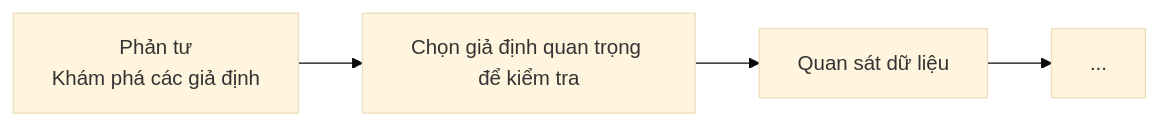
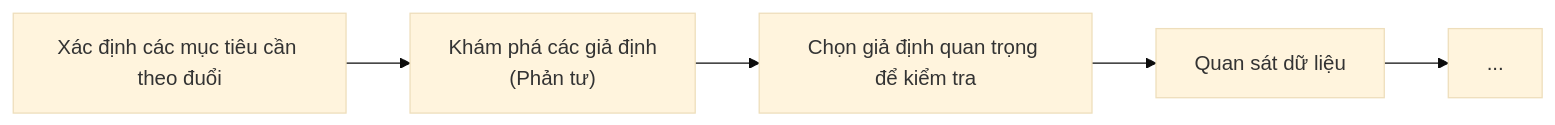
The second of 2 diagrams in docs/⚡Hiểu biết sâu/Bản thể luận, nhận thức luận, phương pháp luận/Phương pháp luận/Định lượng/Một số ghi chép và suy nghĩ về dữ liệu trong giáo dục.md (QuaCau-TheSphere/CW-obsidian-quan-ly-du-an-va-cong-cu-nghi), drawn with Mermaid (base theme) before and after one commit. The commit also changed other lines of this file and 3 other files, not shown here.

````diff
--- a/docs/⚡Hiểu biết sâu/Bản thể luận, nhận thức luận, phương pháp luận/Phương pháp luận/Định lượng/Một số ghi chép và suy nghĩ về dữ liệu trong giáo dục.md
+++ b/docs/⚡Hiểu biết sâu/Bản thể luận, nhận thức luận, phương pháp luận/Phương pháp luận/Định lượng/Một số ghi chép và suy nghĩ về dữ liệu trong giáo dục.md
@@ -124,4 +124,4 @@
 ```mermaid
 flowchart LR
-a["Phản tư<br>Khám phá các giả định"]-->b["Chọn giả định quan trọng để kiểm tra"]-->c["Quan sát dữ liệu"]-->d["..."]
+â["Xác định các mục tiêu cần theo đuổi" ]-->a["Khám phá các giả định<br>(Phản tư)"]-->b["Chọn giả định quan trọng để kiểm tra"]-->c["Quan sát dữ liệu"]-->d["..."]
 ```
````
